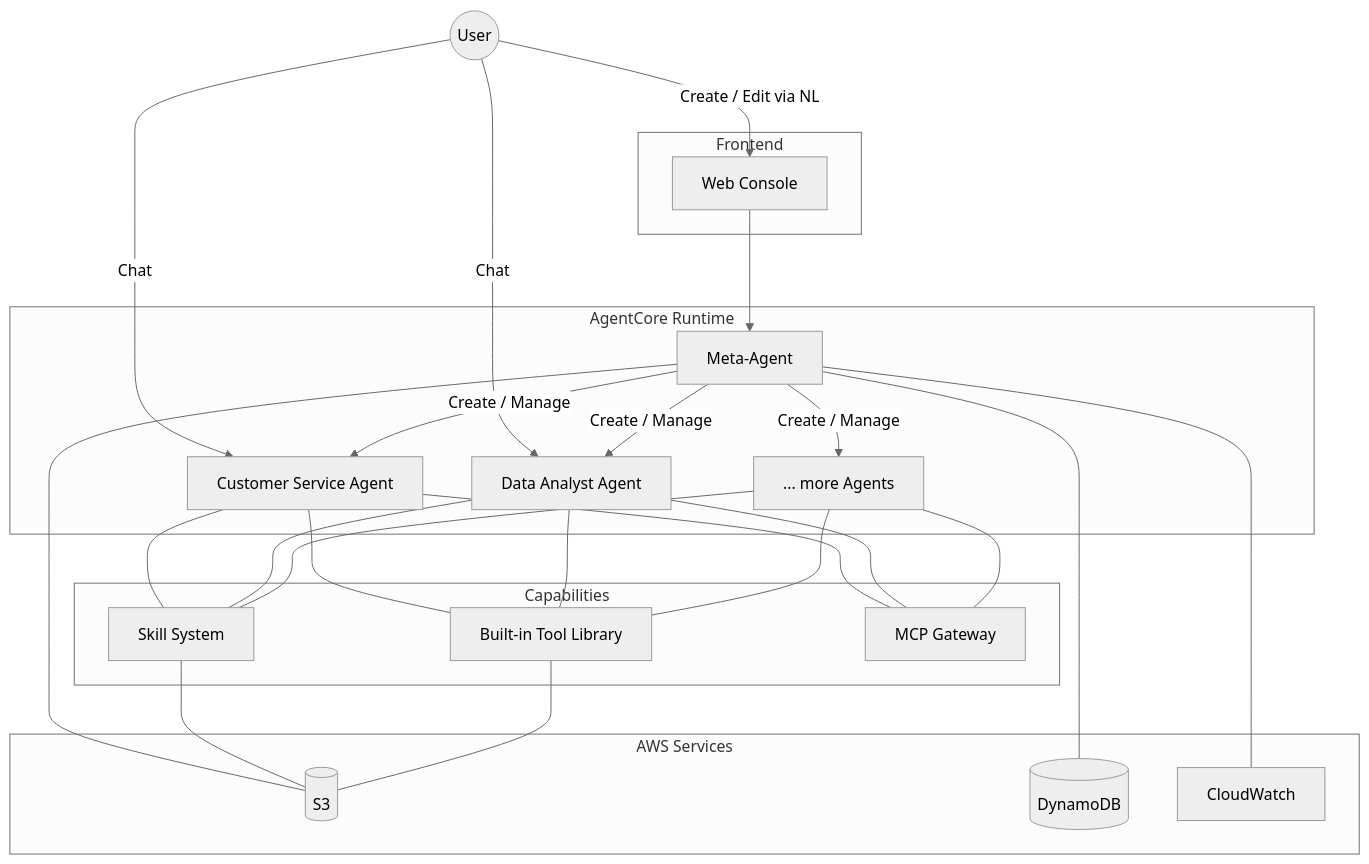
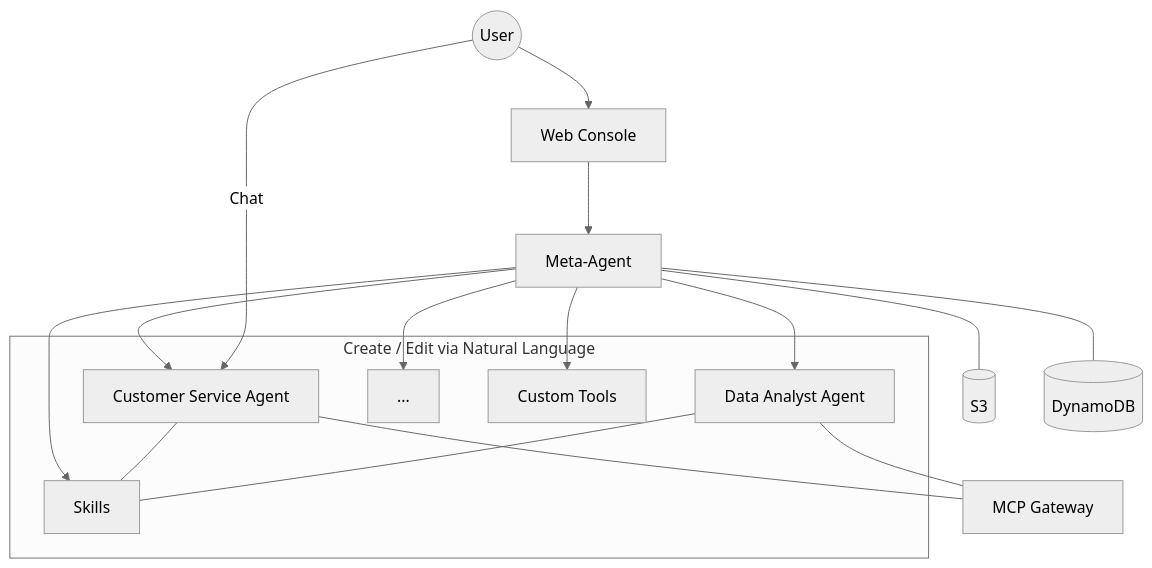
One commit to ddpie/agent-studio changed the second of 2 diagrams in README.md. Above: the diagram before and after it, drawn with Mermaid (neutral theme). The commit also changed other lines of this file, not shown here.

````diff
--- a/README.md
+++ b/README.md
@@ -115,35 +106,26 @@
 ```mermaid
 graph TB
     User((User))
+    FE[Web Console]
+    META[Meta-Agent]
 
-    subgraph Frontend
-        FE[Web Console]
+    subgraph Create / Edit via Natural Language
+        A1[Customer Service Agent]
+        A2[Data Analyst Agent]
+        A3[...]
+        Skills[Skills]
+        Tools[Custom Tools]
     end
 
-    subgraph AgentCore Runtime
-        META[Meta-Agent]
-        A1[Customer Service Agent]
-        A2[Data Analyst Agent]
-        A3[... more Agents]
-    end
+    MCP[MCP Gateway]
+    S3[(S3)]
+    DDB[(DynamoDB)]
 
-    subgraph Capabilities
-        Skills[Skill System]
-        Tools[Built-in Tool Library]
-        MCP[MCP Gateway]
-    end
-
-    subgraph AWS Services
-        S3[(S3)]
-        DDB[(DynamoDB)]
-        CW[CloudWatch]
-    end
-
-    User -->|Create / Edit via NL| FE
-    User -->|Chat| A1 & A2
-    FE --> META
-    META -->|Create / Manage| A1 & A2 & A3
-    META --- S3 & DDB & CW
-    A1 & A2 & A3 --- Skills & Tools & MCP
-    Skills & Tools --- S3
+    User --> FE --> META
+    META --> A1 & A2 & A3
+    META --> Skills & Tools
+    META --- S3 & DDB
+    A1 & A2 --- MCP
+    A1 & A2 --- Skills
+    User -->|Chat| A1
 ```
````
